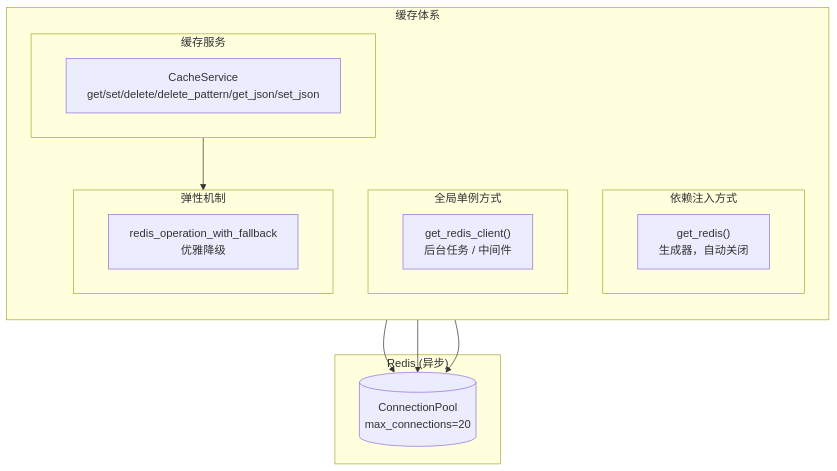
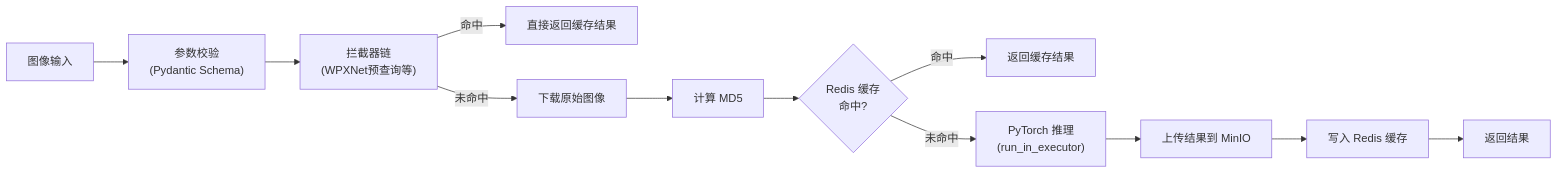
The third of 10 diagrams in dehaze-doc/docs/04-项目实现/后端/03-Python算法服务架构文档.md (earthy-zinc/dehaze-system), drawn with Mermaid before and after one commit. The commit also changed other lines of this file and 755 other files, not shown here.

````diff
--- a/dehaze-doc/docs/04-项目实现/后端/03-Python算法服务架构文档.md
+++ b/dehaze-doc/docs/04-项目实现/后端/03-Python算法服务架构文档.md
@@ -627,26 +143,14 @@
 ```mermaid
-flowchart TB
-    subgraph CacheArch["缓存体系"]
-        direction TB
-        subgraph DI["依赖注入方式"]
-            GetRedis["get_redis()<br/>生成器，自动关闭"]
-        end
-        subgraph Singleton["全局单例方式"]
-            GetClient["get_redis_client()<br/>后台任务 / 中间件"]
-        end
-        subgraph Service["缓存服务"]
-            CacheService["CacheService<br/>get/set/delete/delete_pattern/get_json/set_json"]
-        end
-        subgraph Resilience["弹性机制"]
-            Fallback["redis_operation_with_fallback<br/>优雅降级"]
-        end
-    end
-
-    subgraph Backend["Redis (异步)"]
-        Pool[("ConnectionPool<br/>max_connections=20")]
-    end
-
-    DI --> Pool
-    Singleton --> Pool
-    Service --> Resilience --> Pool
+flowchart LR
+    Input["图像输入"] --> Validate["参数校验<br/>(Pydantic Schema)"]
+    Validate --> Interceptor["拦截器链<br/>(WPXNet预查询等)"]
+    Interceptor -->|命中| Return1["直接返回缓存结果"]
+    Interceptor -->|未命中| Download["下载原始图像"]
+    Download --> MD5["计算 MD5"]
+    MD5 --> CacheCheck{"Redis 缓存<br/>命中?"}
+    CacheCheck -->|命中| Return2["返回缓存结果"]
+    CacheCheck -->|未命中| Inference["PyTorch 推理<br/>(run_in_executor)"]
+    Inference --> Upload["上传结果到 MinIO"]
+    Upload --> Cache["写入 Redis 缓存"]
+    Cache --> Return3["返回结果"]
 ```
````
